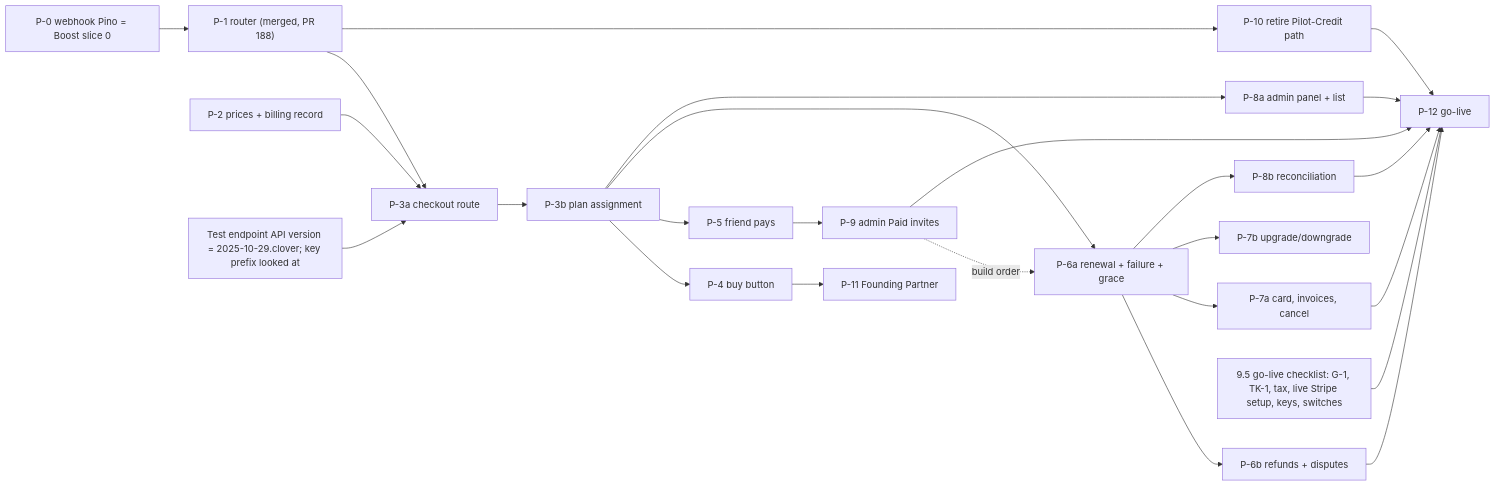
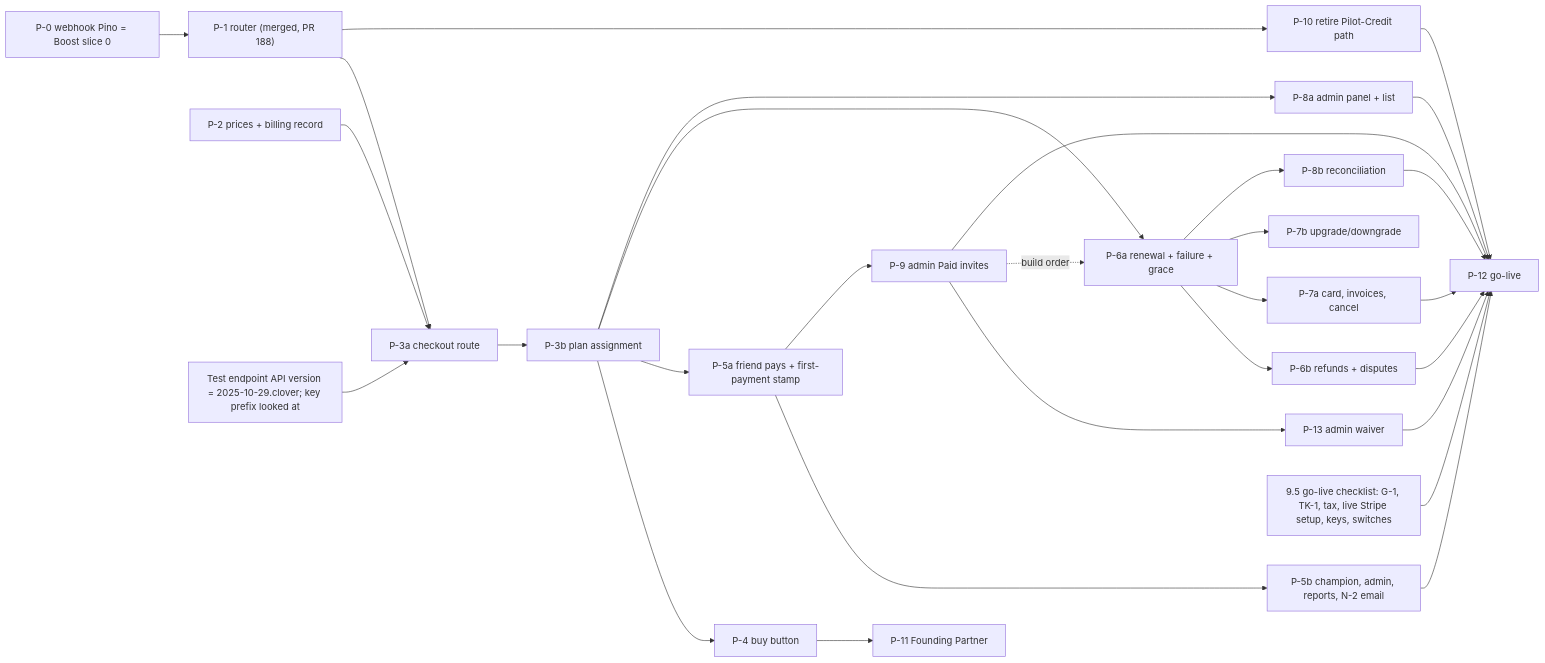
Before and after one commit to AgentsPilot/neuronforge: the third of 3 diagrams in docs/requirements/BUSINESS_OS_PLAN_PAYMENTS_REQUIREMENT.md, drawn with Mermaid. The commit also changed other lines of this file and 27 other files, not shown here.

````diff
--- a/docs/requirements/BUSINESS_OS_PLAN_PAYMENTS_REQUIREMENT.md
+++ b/docs/requirements/BUSINESS_OS_PLAN_PAYMENTS_REQUIREMENT.md
@@ -360,27 +447,31 @@
 ```mermaid
 flowchart LR
   P0[P-0 webhook Pino = Boost slice 0] --> P1
   P1["P-1 router (merged, PR 188)"] --> P3a
   P2[P-2 prices + billing record] --> P3a
   Q5["Test endpoint API version = 2025-10-29.clover; key prefix looked at"] --> P3a
   P3a[P-3a checkout route] --> P3b[P-3b plan assignment]
   P3b --> P4[P-4 buy button]
-  P3b --> P5[P-5 friend pays]
-  P5 --> P9[P-9 admin Paid invites]
+  P3b --> P5a[P-5a friend pays + first-payment stamp]
+  P5a --> P5b[P-5b champion, admin, reports, N-2 email]
+  P5a --> P9[P-9 admin Paid invites]
+  P9 --> P13[P-13 admin waiver]
   P9 -. build order .-> P6a
   P3b --> P6a[P-6a renewal + failure + grace]
   P3b --> P8a[P-8a admin panel + list]
   P6a --> P6b[P-6b refunds + disputes]
   P6a --> P7a[P-7a card, invoices, cancel]
   P6a --> P7b[P-7b upgrade/downgrade]
   P6a --> P8b[P-8b reconciliation]
   P1 --> P10[P-10 retire Pilot-Credit path]
   P4 --> P11[P-11 Founding Partner]
   GL["9.5 go-live checklist: G-1, TK-1, tax, live Stripe setup, keys, switches"] --> P12[P-12 go-live]
   P9 --> P12
+  P5b --> P12
+  P13 --> P12
   P7a --> P12
   P8b --> P12
   P10 --> P12
   P6b --> P12
   P8a --> P12
 ```
````
